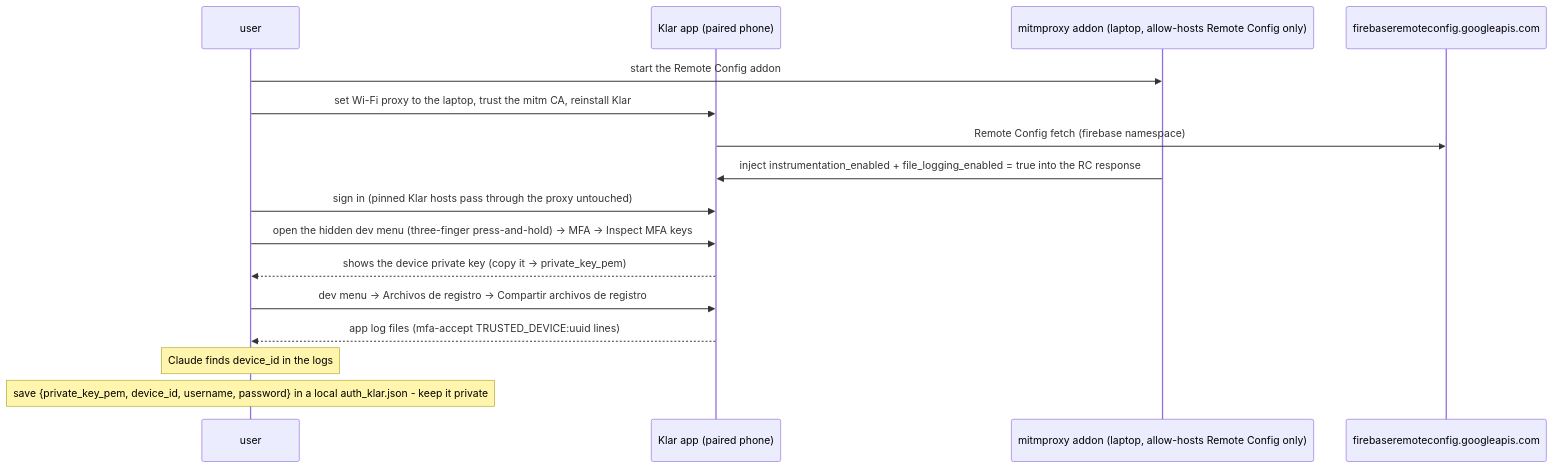
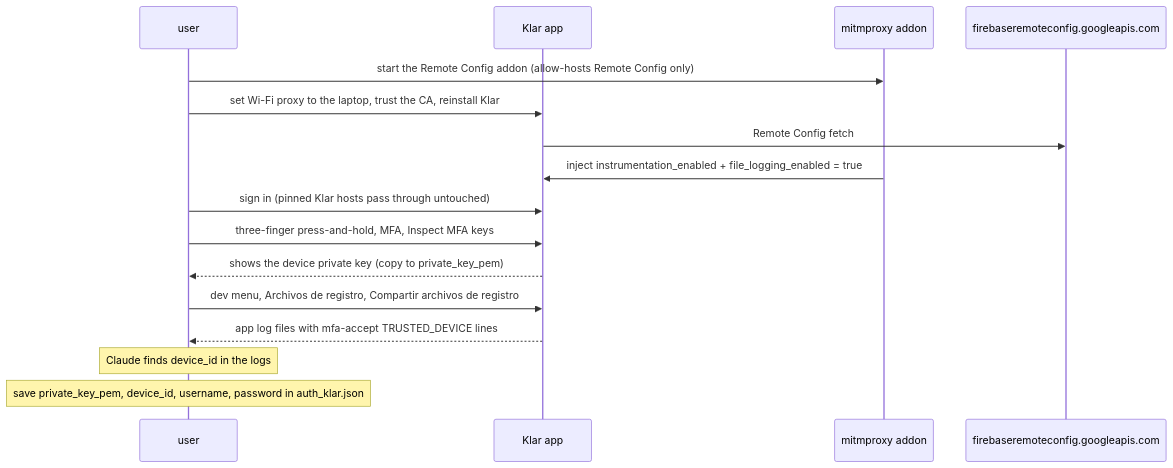
The first of 2 diagrams in docs/flows/klar.md (PaoloReyes/finscraper-mx), drawn with Mermaid before and after one commit. The commit also changed other lines of this file and 8 other files, not shown here.

Commit message:
docs/flows: one structure across providers; fix Klar mermaid

````diff
--- a/docs/flows/klar.md
+++ b/docs/flows/klar.md
@@ -32,19 +23,19 @@
 ```mermaid
 sequenceDiagram
   participant U as user
-  participant Ph as Klar app (paired phone)
-  participant M as mitmproxy addon (laptop, allow-hosts Remote Config only)
+  participant Ph as Klar app
+  participant M as mitmproxy addon
   participant FB as firebaseremoteconfig.googleapis.com
 
-  U->>M: start the Remote Config addon
-  U->>Ph: set Wi-Fi proxy to the laptop, trust the mitm CA, reinstall Klar
-  Ph->>FB: Remote Config fetch (firebase namespace)
-  M->>Ph: inject instrumentation_enabled + file_logging_enabled = true into the RC response
-  U->>Ph: sign in (pinned Klar hosts pass through the proxy untouched)
-  U->>Ph: open the hidden dev menu (three-finger press-and-hold) -> MFA -> Inspect MFA keys
-  Ph-->>U: shows the device private key (copy it -> private_key_pem)
-  U->>Ph: dev menu -> Archivos de registro -> Compartir archivos de registro
-  Ph-->>U: app log files (mfa-accept TRUSTED_DEVICE:uuid lines)
+  U->>M: start the Remote Config addon (allow-hosts Remote Config only)
+  U->>Ph: set Wi-Fi proxy to the laptop, trust the CA, reinstall Klar
+  Ph->>FB: Remote Config fetch
+  M->>Ph: inject instrumentation_enabled + file_logging_enabled = true
+  U->>Ph: sign in (pinned Klar hosts pass through untouched)
+  U->>Ph: three-finger press-and-hold, MFA, Inspect MFA keys
+  Ph-->>U: shows the device private key (copy to private_key_pem)
+  U->>Ph: dev menu, Archivos de registro, Compartir archivos de registro
+  Ph-->>U: app log files with mfa-accept TRUSTED_DEVICE lines
   Note over U: Claude finds device_id in the logs
-  Note over U: save {private_key_pem, device_id, username, password} in a local auth_klar.json - keep it private
+  Note over U: save private_key_pem, device_id, username, password in auth_klar.json
 ```
````
